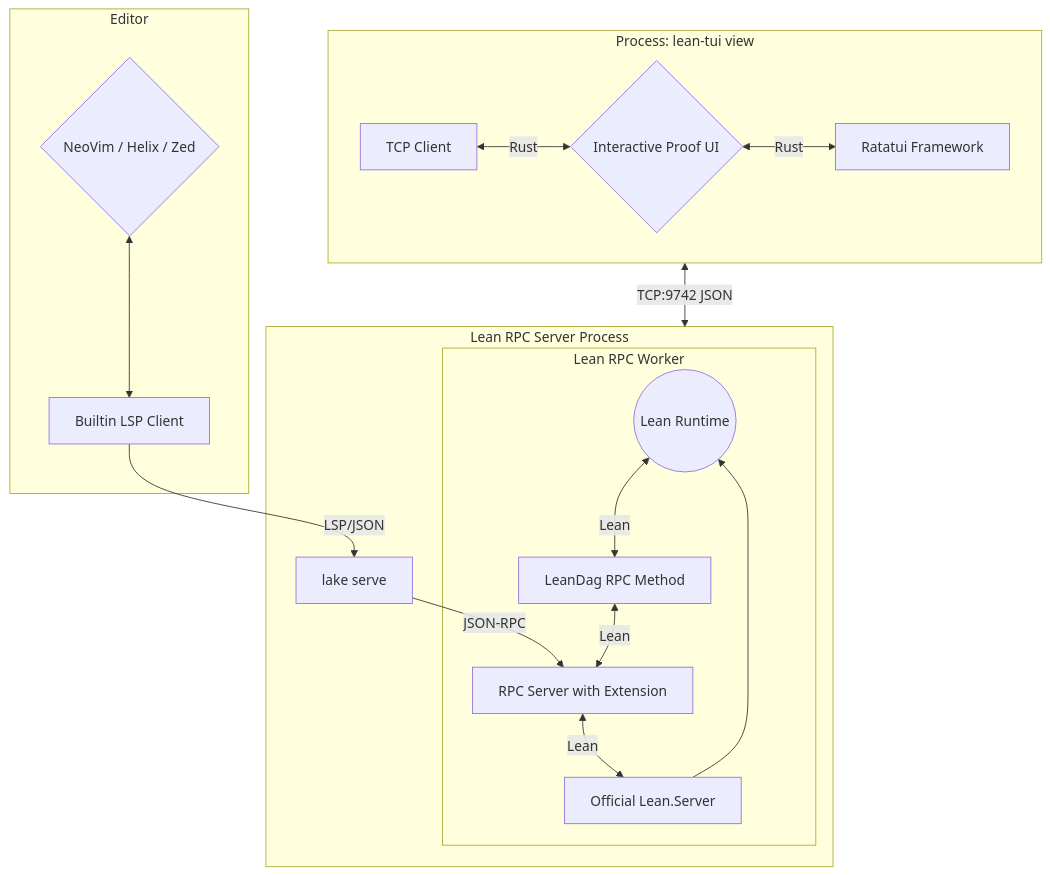
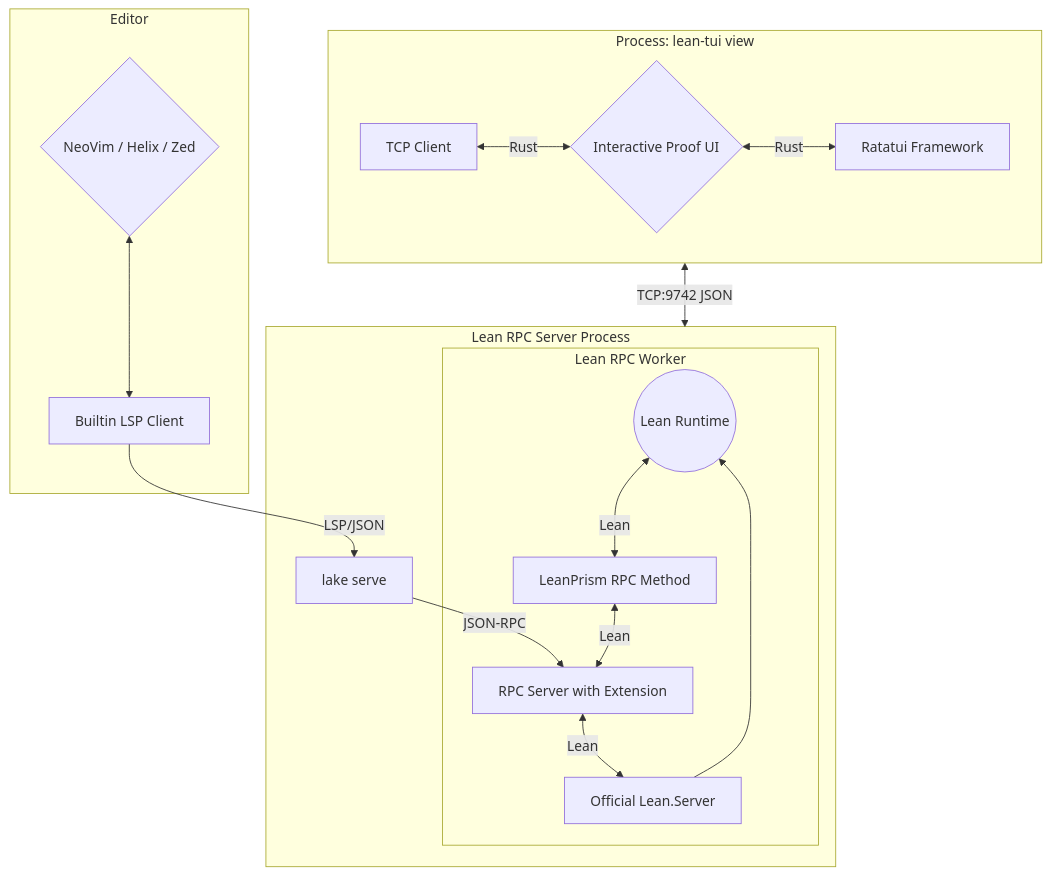
Before and after one commit to macovedj/lean-tui: the diagram in CONTRIBUTING.md, drawn with Mermaid. The commit also changed other lines of this file and 18 other files, not shown here.

Commit message:
chore: rename backend to lean-prism

````diff
--- a/CONTRIBUTING.md
+++ b/CONTRIBUTING.md
@@ -11,38 +11,38 @@
 ```mermaid
 flowchart
 
-subgraph lean-dag-process["Lean RPC Server Process"]
+subgraph lean-prism-process["Lean RPC Server Process"]
     subgraph lean-worker[Lean RPC Worker]
         lean-runtime((Lean Runtime))
         original-lean-lsp[Official Lean.Server]
         custom-rpc-server[RPC Server with Extension]
-        rpc-method[LeanDag RPC Method]
+        rpc-method[LeanPrism RPC Method]
 
         rpc-method <-->|Lean| custom-rpc-server
         lean-runtime <-->|Lean| rpc-method
         original-lean-lsp --> lean-runtime
         custom-rpc-server <-->|Lean| original-lean-lsp
     end
 
     lake-serve[lake serve]
     lake-serve -->|JSON-RPC| custom-rpc-server
 end
 
 subgraph TUI["Process: lean-tui view"]
     tcp-client[TCP Client]
     info-view{Interactive Proof UI}
     ratatui[Ratatui Framework]
 
     tcp-client <-->|Rust| info-view
     info-view <-->|Rust| ratatui
 end
 
 subgraph Editor
     editor-ui{NeoVim / Helix / Zed}
     editor-lsp-client[Builtin LSP Client]
     editor-ui <--> editor-lsp-client
 end
 
-TUI <-->|"TCP:9742 JSON"| lean-dag-process
+TUI <-->|"TCP:9742 JSON"| lean-prism-process
 editor-lsp-client -->|LSP/JSON| lake-serve
 ```
````
